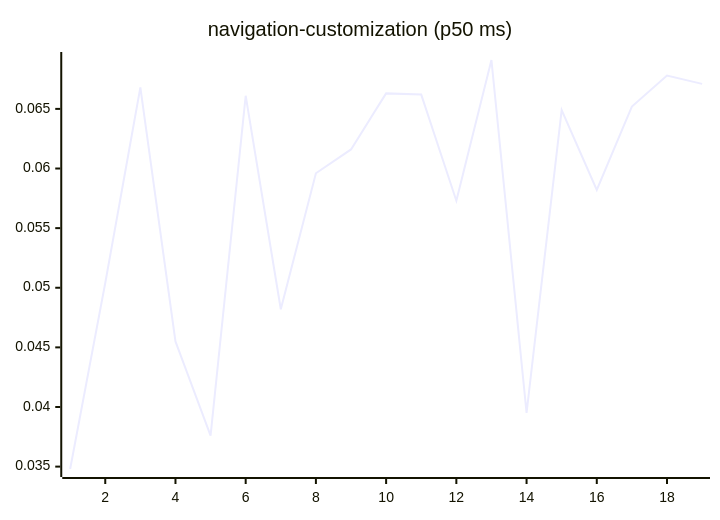
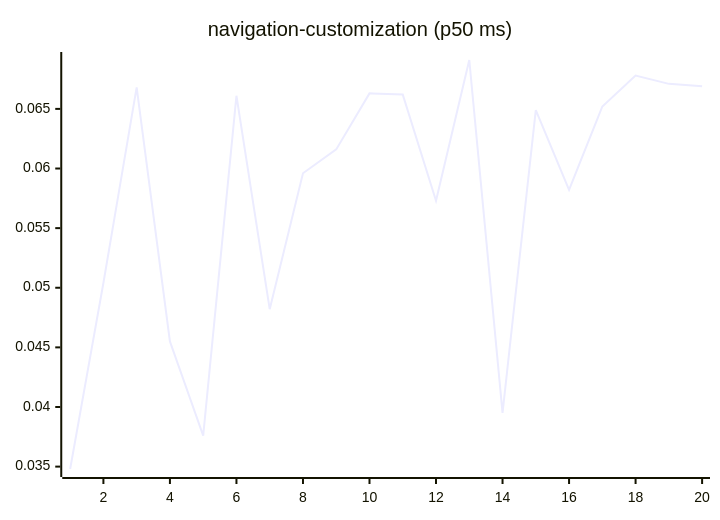
Diagram 15 of 27 in README.md (josha/Facet), drawn with Mermaid before and after one commit. The commit also changed other lines of this file and 2 other files, not shown here.

````diff
--- a/README.md
+++ b/README.md
@@ -161,6 +161,6 @@
 ```mermaid
 xychart-beta
     title "navigation-customization (p50 ms)"
-    x-axis 1 --> 19
-    line [0.0348, 0.0504, 0.0668, 0.0455, 0.0376, 0.0661, 0.0482, 0.0596, 0.0616, 0.0663, 0.0662, 0.0573, 0.0691, 0.0395, 0.0649, 0.0582, 0.0652, 0.0678, 0.0671]
+    x-axis 1 --> 20
+    line [0.0348, 0.0504, 0.0668, 0.0455, 0.0376, 0.0661, 0.0482, 0.0596, 0.0616, 0.0663, 0.0662, 0.0573, 0.0691, 0.0395, 0.0649, 0.0582, 0.0652, 0.0678, 0.0671, 0.0669]
 ```
````
